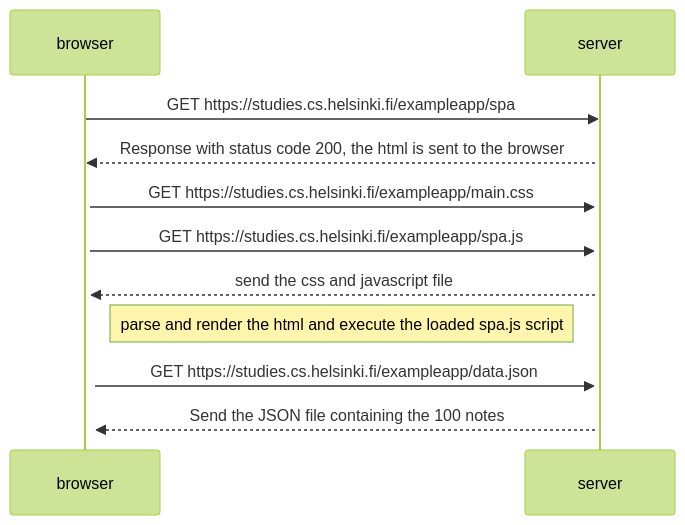
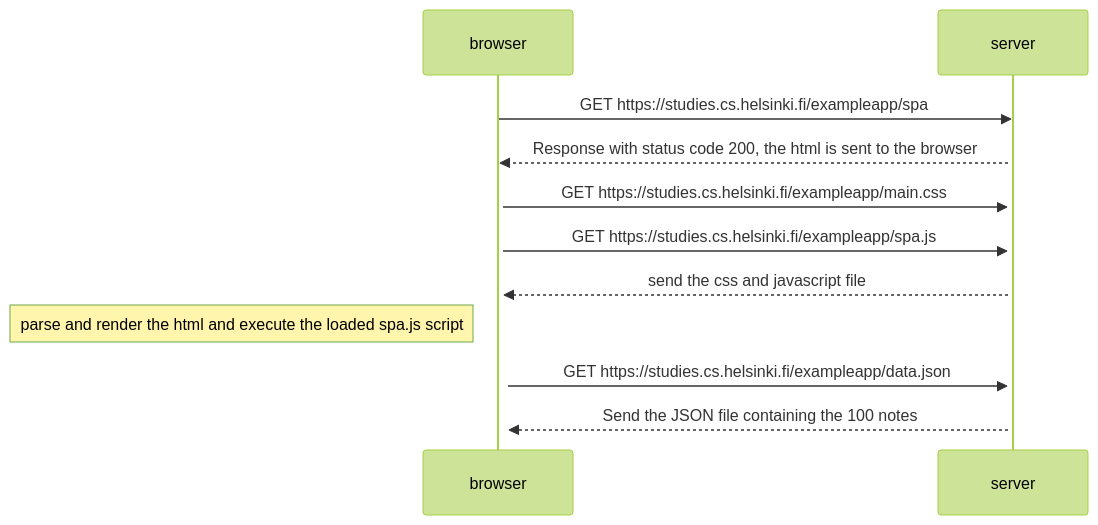
Before and after one commit to quarkgluons/fullstackopen: the diagram in part0/0.5/note_diagram.md, drawn with Mermaid (forest theme). The commit also changed 1 other file, not shown here.

Commit message:
switching notes to left of browser

````diff
--- a/part0/0.5/note_diagram.md
+++ b/part0/0.5/note_diagram.md
@@ -1,19 +1,19 @@
 ```mermaid
 sequenceDiagram
     participant browser
     participant server
     
     browser->>server: GET https://studies.cs.helsinki.fi/exampleapp/spa
     activate server
     server-->>browser: Response with status code 200, the html is sent to the browser
     activate browser
     browser->>server: GET https://studies.cs.helsinki.fi/exampleapp/main.css
     browser->>server: GET https://studies.cs.helsinki.fi/exampleapp/spa.js   
     activate server
     server-->>browser: send the css and javascript file
     activate browser
-    Note right of browser: parse and render the html and execute the loaded spa.js script
+    Note left of browser: parse and render the html and execute the loaded spa.js script
     browser->>server: GET https://studies.cs.helsinki.fi/exampleapp/data.json
     activate server
     server-->>browser: Send the JSON file containing the 100 notes
 ```
````
